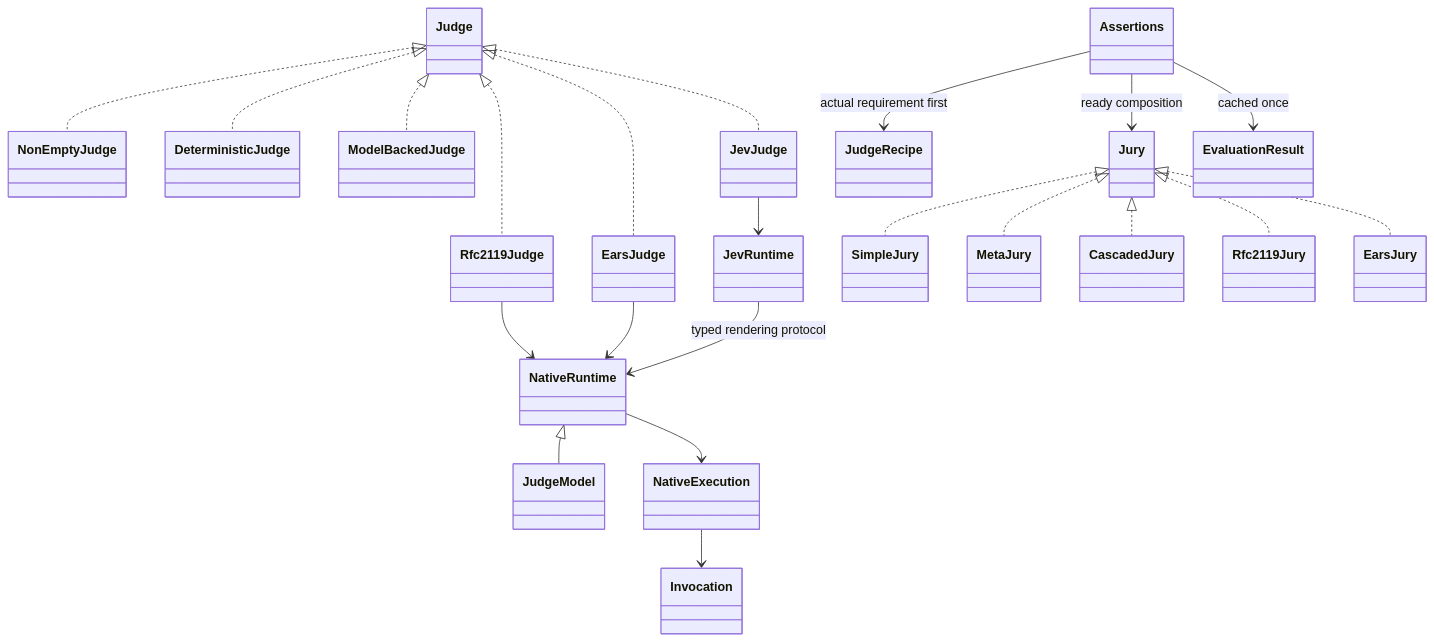
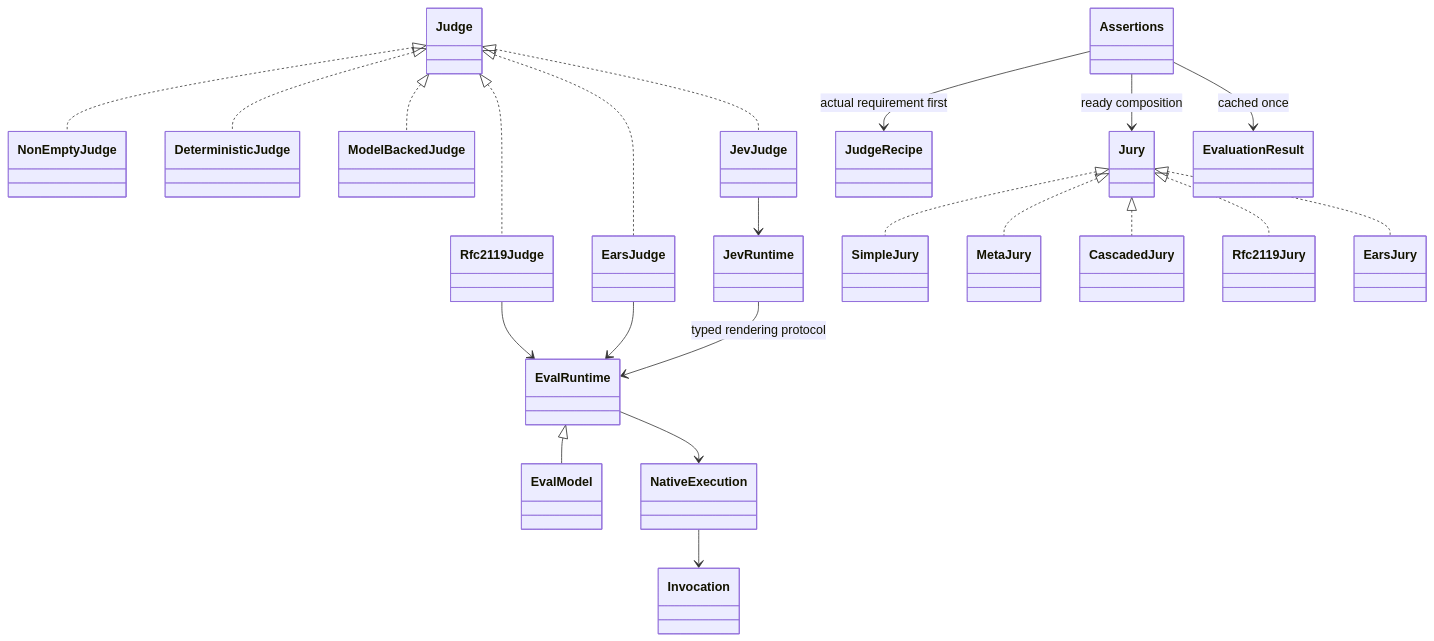
Before and after one commit to markpollack/agent-judge: the third of 3 diagrams in domain-model.md, drawn with Mermaid. The commit also changed 62 other files, not shown here.

Commit message:
Introduce typed EvalRuntime and portable generated evaluation paths

````diff
--- a/domain-model.md
+++ b/domain-model.md
@@ -77,24 +77,24 @@
 ```mermaid
 classDiagram
     Judge <|.. NonEmptyJudge
     Judge <|.. DeterministicJudge
     Judge <|.. ModelBackedJudge
     Judge <|.. Rfc2119Judge
     Judge <|.. EarsJudge
     Judge <|.. JevJudge
     Jury <|.. SimpleJury
     Jury <|.. MetaJury
     Jury <|.. CascadedJury
     Jury <|.. Rfc2119Jury
     Jury <|.. EarsJury
-    NativeRuntime <|-- JudgeModel
-    NativeRuntime --> NativeExecution
+    EvalRuntime <|-- EvalModel
+    EvalRuntime --> NativeExecution
     NativeExecution --> Invocation
-    Rfc2119Judge --> NativeRuntime
-    EarsJudge --> NativeRuntime
+    Rfc2119Judge --> EvalRuntime
+    EarsJudge --> EvalRuntime
     JevJudge --> JevRuntime
-    JevRuntime --> NativeRuntime : typed rendering protocol
+    JevRuntime --> EvalRuntime : typed rendering protocol
     Assertions --> JudgeRecipe : actual requirement first
     Assertions --> Jury : ready composition
     Assertions --> EvaluationResult : cached once
 ```
````
